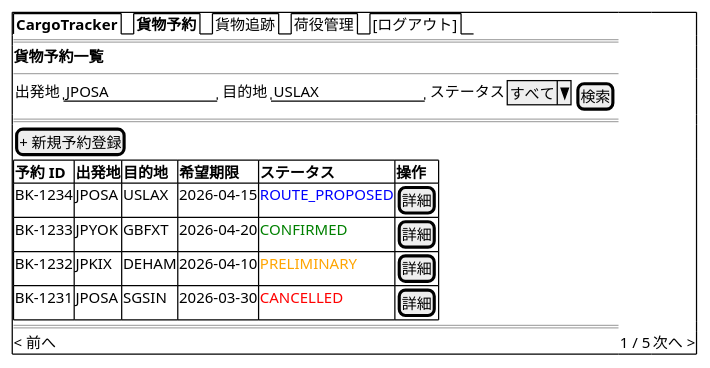
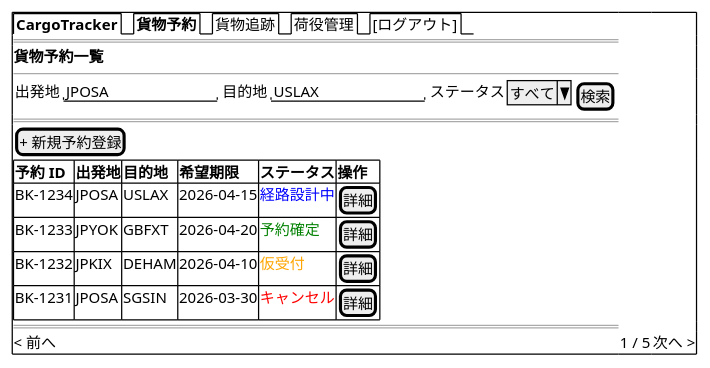
One commit to k2works/case-study-cargo-tracker changed the eighth of 21 diagrams in docs/design/ui_design.md. Above: the diagram before and after it, drawn with PlantUML. The commit also changed other lines of this file and 17 other files, not shown here.

````diff
--- a/docs/design/ui_design.md
+++ b/docs/design/ui_design.md
@@ -562,24 +562,24 @@
 ```plantuml
 @startsalt
 {+
   {/ <b>CargoTracker</b> | <b>貨物予約</b> | 貨物追跡 | 荷役管理 | [ログアウト] }
   ==
   <b>貨物予約一覧</b>
   --
   {
     出発地 | "JPOSA          " | 目的地 | "USLAX          " | ステータス | ^すべて^ | [検索]
   }
   ==
   [+ 新規予約登録]
   {#
     **予約 ID** | **出発地** | **目的地** | **希望期限** | **ステータス** | **操作**
-    BK-1234     | JPOSA      | USLAX      | 2026-04-15    | <color:blue>ROUTE_PROPOSED</color> | [詳細]
-    BK-1233     | JPYOK      | GBFXT      | 2026-04-20    | <color:green>CONFIRMED</color> | [詳細]
-    BK-1232     | JPKIX      | DEHAM      | 2026-04-10    | <color:orange>PRELIMINARY</color> | [詳細]
-    BK-1231     | JPOSA      | SGSIN      | 2026-03-30    | <color:red>CANCELLED</color> | [詳細]
+    BK-1234     | JPOSA      | USLAX      | 2026-04-15    | <color:blue>経路設計中</color> | [詳細]
+    BK-1233     | JPYOK      | GBFXT      | 2026-04-20    | <color:green>予約確定</color> | [詳細]
+    BK-1232     | JPKIX      | DEHAM      | 2026-04-10    | <color:orange>仮受付</color> | [詳細]
+    BK-1231     | JPOSA      | SGSIN      | 2026-03-30    | <color:red>キャンセル</color> | [詳細]
   }
   ==
   < 前へ | 1 / 5 | 次へ >
 }
 @endsalt
 ```
````
